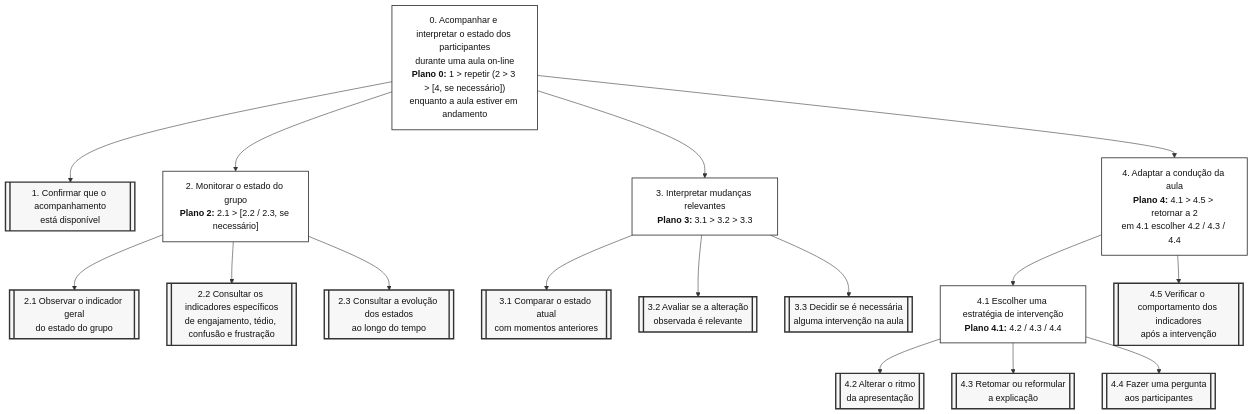
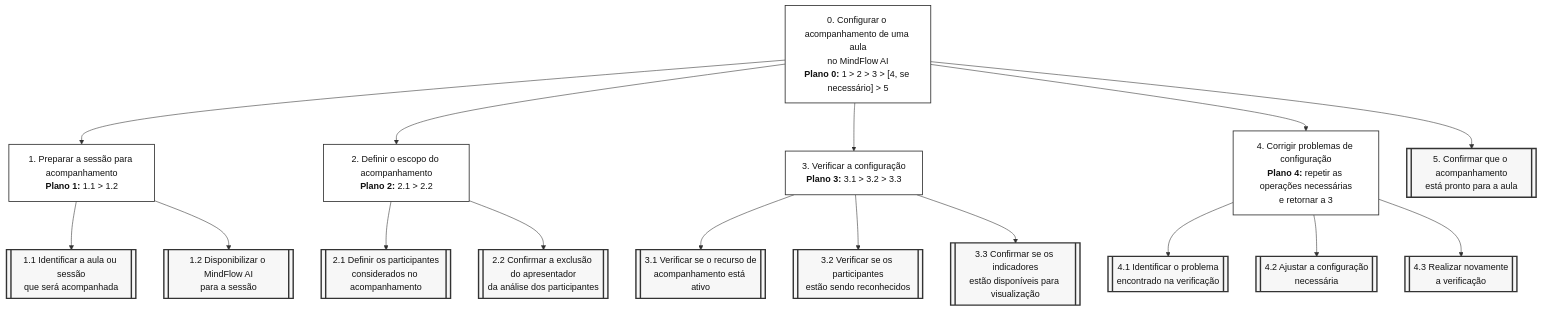
The diagram in docs/05_analise_tarefas.md (IsaRosseto/IHC_MindFlowAI), drawn with Mermaid before and after one commit. The commit also changed other lines of this file, not shown here.

````diff
--- a/docs/05_analise_tarefas.md
+++ b/docs/05_analise_tarefas.md
@@ -58,73 +57,77 @@
     %% OBJETIVO PRINCIPAL
     %% =====================================================
 
-    T0["0. Acompanhar e interpretar o estado dos participantes<br/>durante uma aula on-line<br/><b>Plano 0:</b> 1 > repetir (2 > 3 > [4, se necessário])<br/>enquanto a aula estiver em andamento"]
+    T0["0. Configurar o acompanhamento de uma aula<br/>no MindFlow AI<br/><b>Plano 0:</b> 1 > 2 > 3 > [4, se necessário] > 5"]
 
     %% =====================================================
     %% NÍVEL 1
     %% =====================================================
 
-    T1[["1. Confirmar que o acompanhamento<br/>está disponível"]]
+    T1["1. Preparar a sessão para acompanhamento<br/><b>Plano 1:</b> 1.1 > 1.2"]
 
-    T2["2. Monitorar o estado do grupo<br/><b>Plano 2:</b> 2.1 > [2.2 / 2.3, se necessário]"]
+    T2["2. Definir o escopo do acompanhamento<br/><b>Plano 2:</b> 2.1 > 2.2"]
 
-    T3["3. Interpretar mudanças relevantes<br/><b>Plano 3:</b> 3.1 > 3.2 > 3.3"]
+    T3["3. Verificar a configuração<br/><b>Plano 3:</b> 3.1 > 3.2 > 3.3"]
 
-    T4["4. Adaptar a condução da aula<br/><b>Plano 4:</b> 4.1 > 4.5 > retornar a 2<br/>em 4.1 escolher 4.2 / 4.3 / 4.4"]
+    T4["4. Corrigir problemas de configuração<br/><b>Plano 4:</b> repetir as operações necessárias<br/>e retornar a 3"]
+
+    T5[["5. Confirmar que o acompanhamento<br/>está pronto para a aula"]]
 
     T0 --> T1
     T0 --> T2
     T0 --> T3
     T0 --> T4
+    T0 --> T5
 
     %% =====================================================
-    %% TAREFA 2 — MONITORAMENTO
+    %% TAREFA 1 — PREPARAR SESSÃO
     %% =====================================================
 
-    T21[["2.1 Observar o indicador geral<br/>do estado do grupo"]]
+    T11[["1.1 Identificar a aula ou sessão<br/>que será acompanhada"]]
 
-    T22[["2.2 Consultar os indicadores específicos<br/>de engajamento, tédio, confusão e frustração"]]
+    T12[["1.2 Disponibilizar o MindFlow AI<br/>para a sessão"]]
 
-    T23[["2.3 Consultar a evolução dos estados<br/>ao longo do tempo"]]
+    T1 --> T11
+    T1 --> T12
+
+    %% =====================================================
+    %% TAREFA 2 — DEFINIR ESCOPO
+    %% =====================================================
+
+    T21[["2.1 Definir os participantes<br/>considerados no acompanhamento"]]
+
+    T22[["2.2 Confirmar a exclusão do apresentador<br/>da análise dos participantes"]]
 
     T2 --> T21
     T2 --> T22
-    T2 --> T23
 
     %% =====================================================
-    %% TAREFA 3 — INTERPRETAÇÃO
+    %% TAREFA 3 — VERIFICAR CONFIGURAÇÃO
     %% =====================================================
 
-    T31[["3.1 Comparar o estado atual<br/>com momentos anteriores"]]
+    T31[["3.1 Verificar se o recurso de<br/>acompanhamento está ativo"]]
 
-    T32[["3.2 Avaliar se a alteração<br/>observada é relevante"]]
+    T32[["3.2 Verificar se os participantes<br/>estão sendo reconhecidos"]]
 
-    T33[["3.3 Decidir se é necessária<br/>alguma intervenção na aula"]]
+    T33[["3.3 Confirmar se os indicadores<br/>estão disponíveis para visualização"]]
 
     T3 --> T31
     T3 --> T32
     T3 --> T33
 
     %% =====================================================
-    %% TAREFA 4 — ADAPTAÇÃO
+    %% TAREFA 4 — CORREÇÕES
     %% =====================================================
 
-    T41["4.1 Escolher uma estratégia de intervenção<br/><b>Plano 4.1:</b> 4.2 / 4.3 / 4.4"]
+    T41[["4.1 Identificar o problema<br/>encontrado na verificação"]]
 
-    T45[["4.5 Verificar o comportamento dos indicadores<br/>após a intervenção"]]
+    T42[["4.2 Ajustar a configuração<br/>necessária"]]
+
+    T43[["4.3 Realizar novamente<br/>a verificação"]]
 
     T4 --> T41
-    T4 --> T45
-
-    T42[["4.2 Alterar o ritmo<br/>da apresentação"]]
-
-    T43[["4.3 Retomar ou reformular<br/>a explicação"]]
-
-    T44[["4.4 Fazer uma pergunta<br/>aos participantes"]]
-
-    T41 --> T42
-    T41 --> T43
-    T41 --> T44
+    T4 --> T42
+    T4 --> T43
 
     %% =====================================================
     %% ESTILOS
@@ -133,6 +136,6 @@
     classDef objetivo fill:#ffffff,stroke:#333,stroke-width:1.5px,color:#111;
     classDef operacao fill:#f7f7f7,stroke:#333,stroke-width:2.5px,color:#111;
 
-    class T0,T2,T3,T4,T41 objetivo;
-    class T1,T21,T22,T23,T31,T32,T33,T42,T43,T44,T45 operacao;
+    class T0,T1,T2,T3,T4 objetivo;
+    class T5,T11,T12,T21,T22,T31,T32,T33,T41,T42,T43 operacao;
 ```
````
